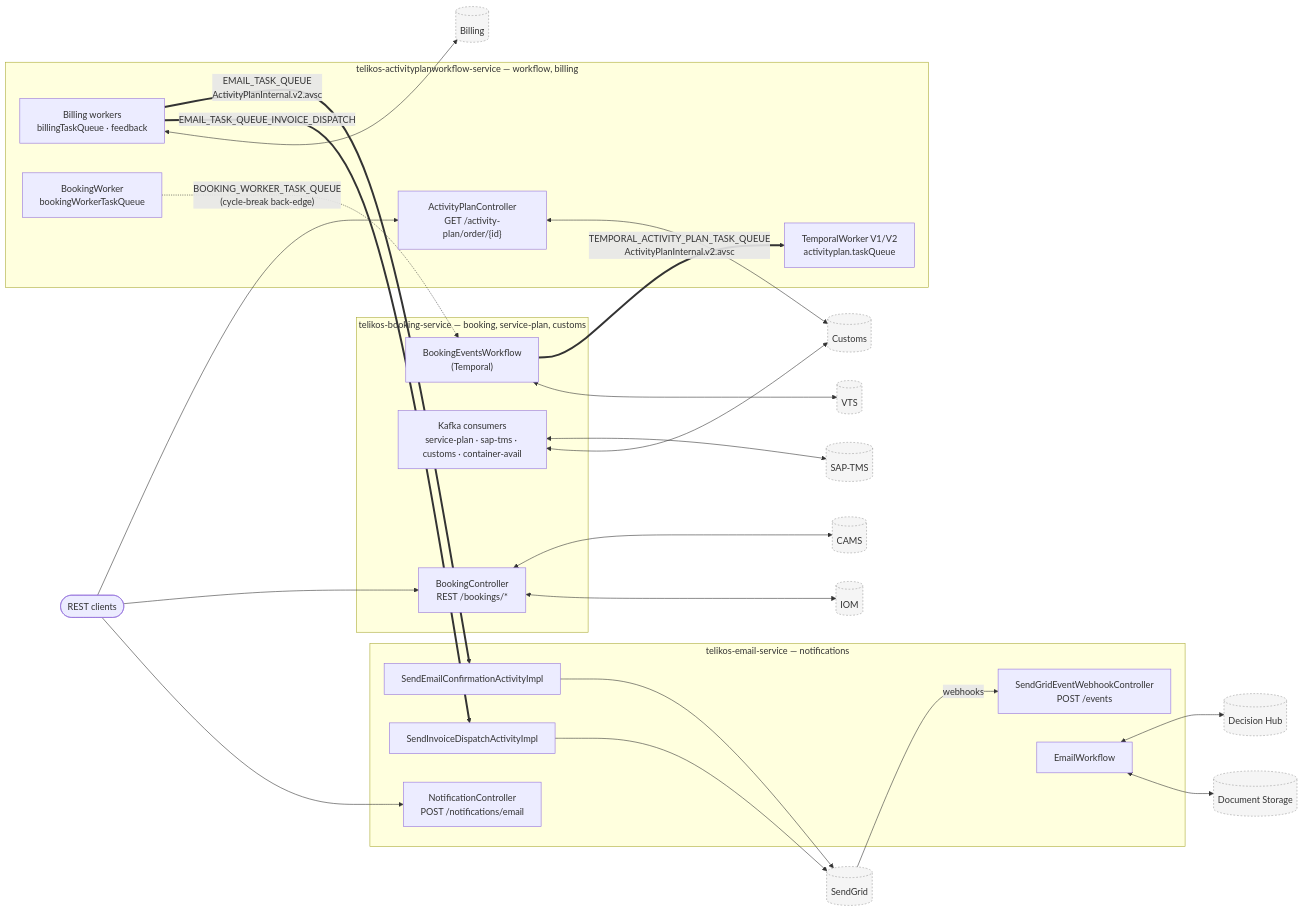
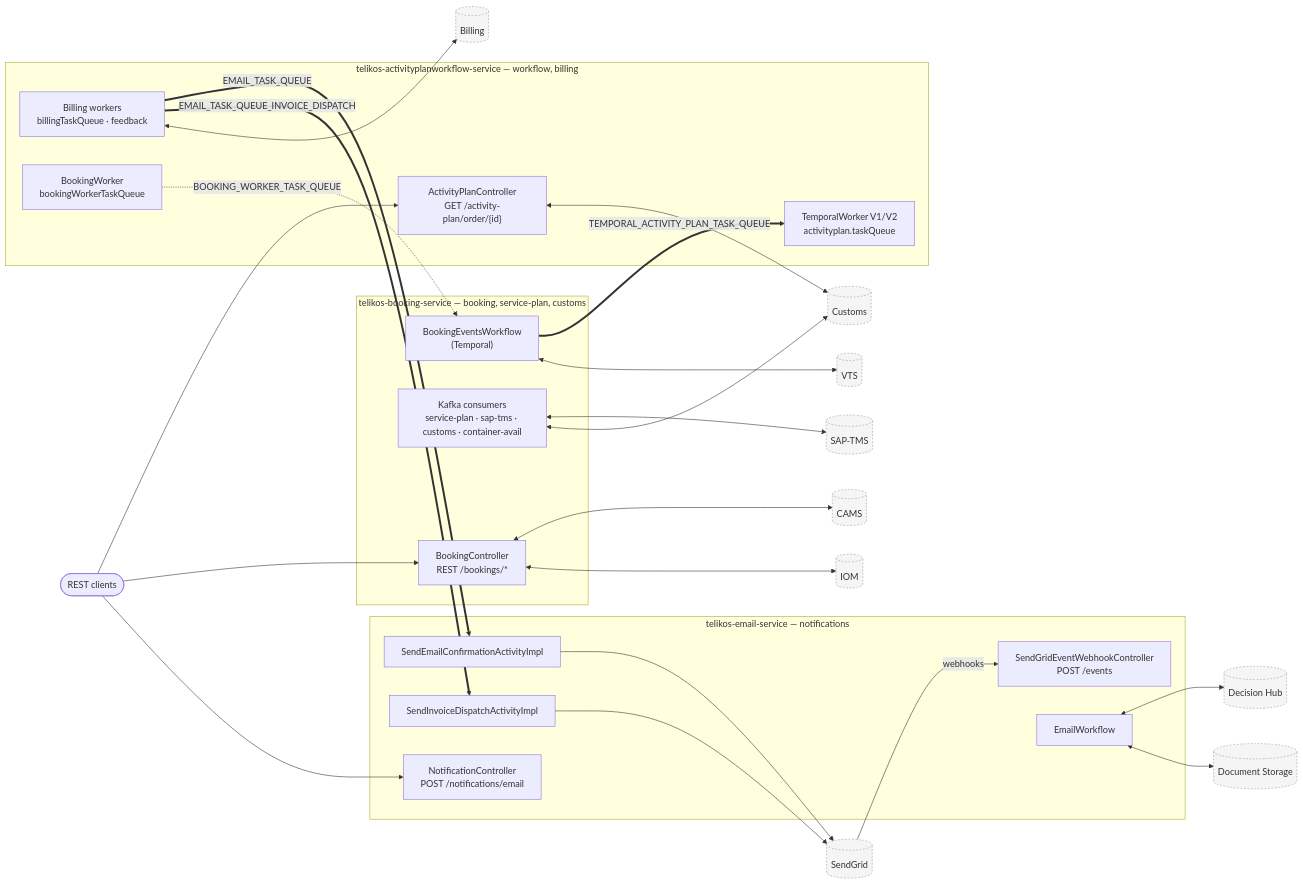
The first of 2 diagrams in .contmark/diagrams.md (Arunk540/booking-workspace), drawn with Mermaid before and after one commit. The commit also changed other lines of this file, not shown here.

Commit message:
fix: remove invalid <br/> from edge labels and Unicode arrow from sequence diagram

````diff
--- a/.contmark/diagrams.md
+++ b/.contmark/diagrams.md
@@ -25,62 +25,62 @@
 ```mermaid
 flowchart LR
   Client([REST clients])
 
   subgraph BOOK["telikos-booking-service — booking, service-plan, customs"]
     B_REST["BookingController<br/>REST /bookings/*"]
     B_KAFKA["Kafka consumers<br/>service-plan · sap-tms · customs · container-avail"]
     B_WF["BookingEventsWorkflow<br/>(Temporal)"]
   end
 
   subgraph AP["telikos-activityplanworkflow-service — workflow, billing"]
     AP_REST["ActivityPlanController<br/>GET /activity-plan/order/{id}"]
     AP_WF["TemporalWorker V1/V2<br/>activityplan.taskQueue"]
     AP_BILL["Billing workers<br/>billingTaskQueue · feedback"]
     AP_BKWK["BookingWorker<br/>bookingWorkerTaskQueue"]
   end
 
   subgraph EMAIL["telikos-email-service — notifications"]
     E_REST["NotificationController<br/>POST /notifications/email"]
     E_HOOK["SendGridEventWebhookController<br/>POST /events"]
     E_CONF["SendEmailConfirmationActivityImpl"]
     E_INV["SendInvoiceDispatchActivityImpl"]
     E_WF["EmailWorkflow"]
   end
 
   %% external systems
   SAPTMS[(SAP-TMS)]:::ext
   CAMS[(CAMS)]:::ext
   CUSTOMS[(Customs)]:::ext
   IOM[(IOM)]:::ext
   VTS[(VTS)]:::ext
   BILLING[(Billing)]:::ext
   SENDGRID[(SendGrid)]:::ext
   DHUB[(Decision Hub)]:::ext
   DOCS[(Document Storage)]:::ext
 
   Client --> B_REST
   Client --> AP_REST
   Client --> E_REST
   SENDGRID -->|webhooks| E_HOOK
 
   %% cross-repo temporal-signal contracts (from _global_links.json)
-  B_WF ==>|"TEMPORAL_ACTIVITY_PLAN_TASK_QUEUE<br/>ActivityPlanInternal.v2.avsc"| AP_WF
-  AP_BILL ==>|"EMAIL_TASK_QUEUE<br/>ActivityPlanInternal.v2.avsc"| E_CONF
+  B_WF ==>|"TEMPORAL_ACTIVITY_PLAN_TASK_QUEUE"| AP_WF
+  AP_BILL ==>|"EMAIL_TASK_QUEUE"| E_CONF
   AP_BILL ==>|"EMAIL_TASK_QUEUE_INVOICE_DISPATCH"| E_INV
-  AP_BKWK -.->|"BOOKING_WORKER_TASK_QUEUE<br/>(cycle-break back-edge)"| B_WF
+  AP_BKWK -.->|"BOOKING_WORKER_TASK_QUEUE"| B_WF
 
   %% external integrations
   B_KAFKA <--> SAPTMS
   B_REST <--> CAMS
   B_KAFKA <--> CUSTOMS
   B_REST <--> IOM
   B_WF <--> VTS
   AP_BILL <--> BILLING
   AP_REST <--> CUSTOMS
   E_CONF --> SENDGRID
   E_INV --> SENDGRID
   E_WF <--> DHUB
   E_WF <--> DOCS
 
   classDef ext fill:#f5f5f5,stroke:#999,stroke-dasharray:3 3,color:#333;
 ```
````
